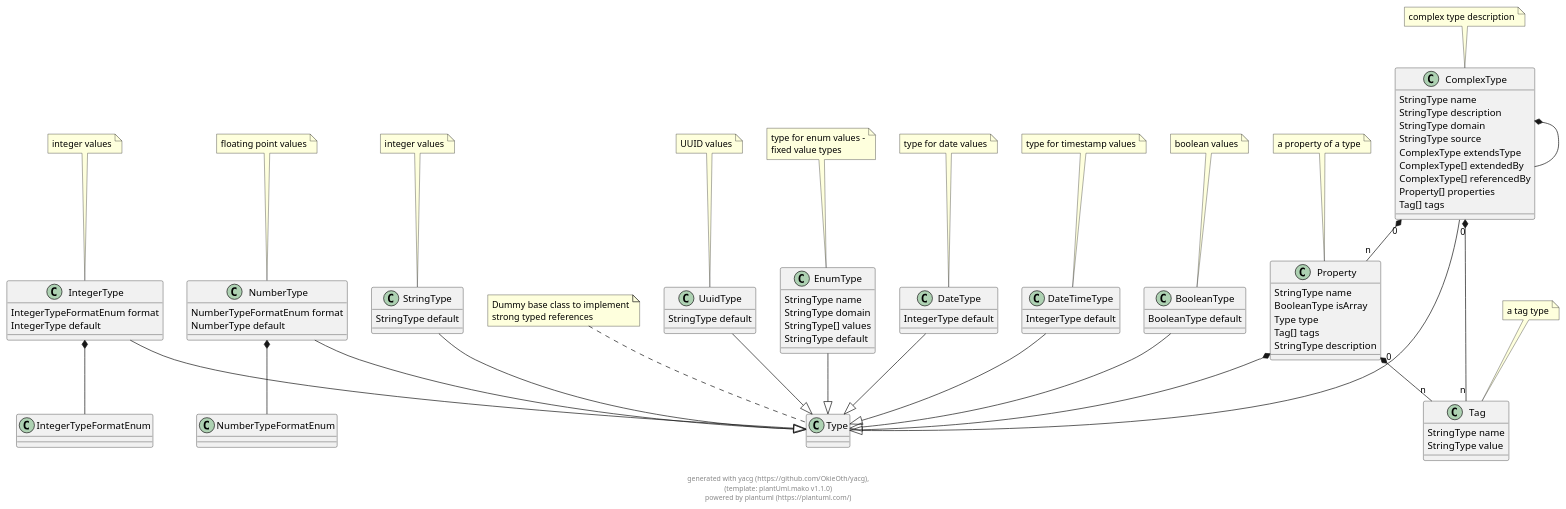
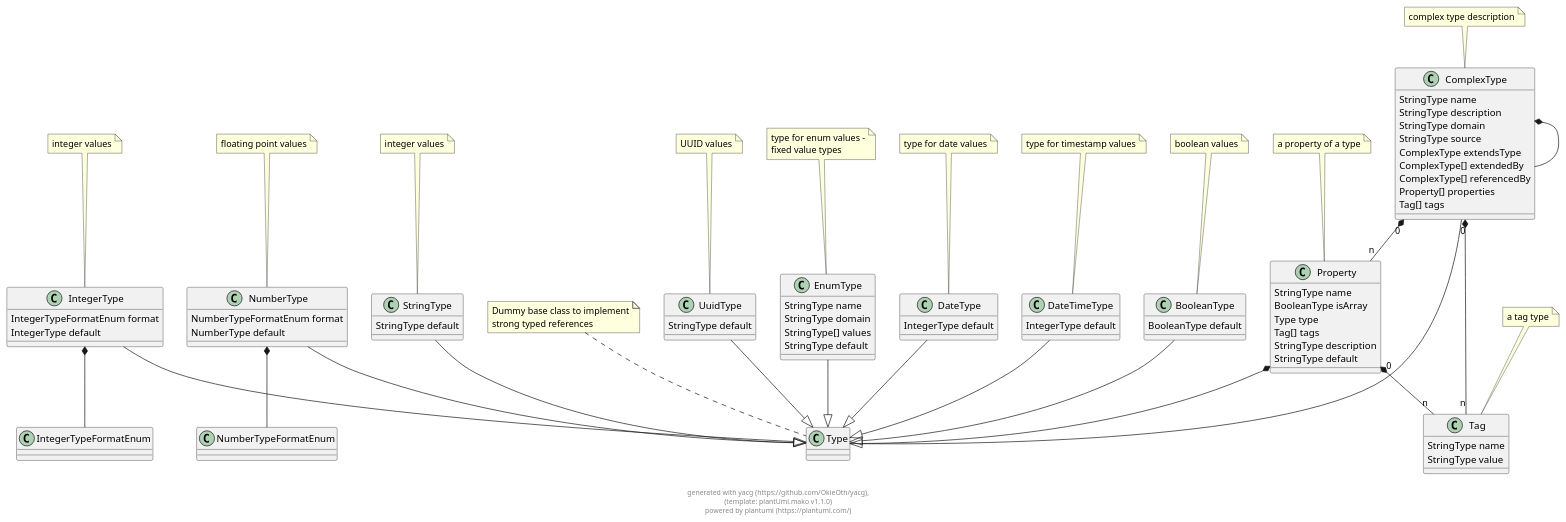
One commit to OkieOth/yacg changed the diagram in docs/puml/yacg_model.puml. Above: the diagram before and after it, drawn with PlantUML. The commit also changed 3 other files, not shown here.

```diff
--- a/docs/puml/yacg_model.puml
+++ b/docs/puml/yacg_model.puml
@@ -2,140 +2,141 @@
 @startuml
 
 class Type {
 }
  
 note top: Dummy base class to implement\nstrong typed references
 
 class IntegerType {
     IntegerTypeFormatEnum format 
     IntegerType default 
 }
  
 note top: integer values
 
 IntegerType --|> Type
 class IntegerTypeFormatEnum {
 }
  
 
 class NumberType {
     NumberTypeFormatEnum format 
     NumberType default 
 }
  
 note top: floating point values
 
 NumberType --|> Type
 class NumberTypeFormatEnum {
 }
  
 
 class BooleanType {
     BooleanType default 
 }
  
 note top: boolean values
 
 BooleanType --|> Type
 class StringType {
     StringType default 
 }
  
 note top: integer values
 
 StringType --|> Type
 class UuidType {
     StringType default 
 }
  
 note top: UUID values
 
 UuidType --|> Type
 class EnumType {
     StringType name 
     StringType domain 
     StringType[] values 
     StringType default 
 }
  
 note top: type for enum values -\nfixed value types
 
 EnumType --|> Type
 class DateType {
     IntegerType default 
 }
  
 note top: type for date values
 
 DateType --|> Type
 class DateTimeType {
     IntegerType default 
 }
  
 note top: type for timestamp values
 
 DateTimeType --|> Type
 class ComplexType {
     StringType name 
     StringType description 
     StringType domain 
     StringType source 
     ComplexType extendsType 
     ComplexType[] extendedBy 
     ComplexType[] referencedBy 
     Property[] properties 
     Tag[] tags 
 }
  
 note top: complex type description
 
 ComplexType --|> Type
 class Property {
     StringType name 
     BooleanType isArray 
     Type type 
     Tag[] tags 
     StringType description 
+    StringType default 
 }
  
 note top: a property of a type
 
 class Tag {
     StringType name 
     StringType value 
 }
  
 note top: a tag type
 
 
     
     
 IntegerType  *--  IntegerTypeFormatEnum        
             
     
     
 NumberType  *--  NumberTypeFormatEnum        
             
     
     
     
     
     
     
     
     
 ComplexType  *--  ComplexType        
             
 ComplexType "0" *-- "n" Property        
             
 ComplexType "0" *-- "n" Tag        
             
     
 Property  *--  Type        
             
 Property "0" *-- "n" Tag        
             
     
 
 footer \ngenerated with yacg (https://github.com/OkieOth/yacg),\n(template: plantUml.mako v1.1.0)\npowered by plantuml (https://plantuml.com/)
 @enduml
```
